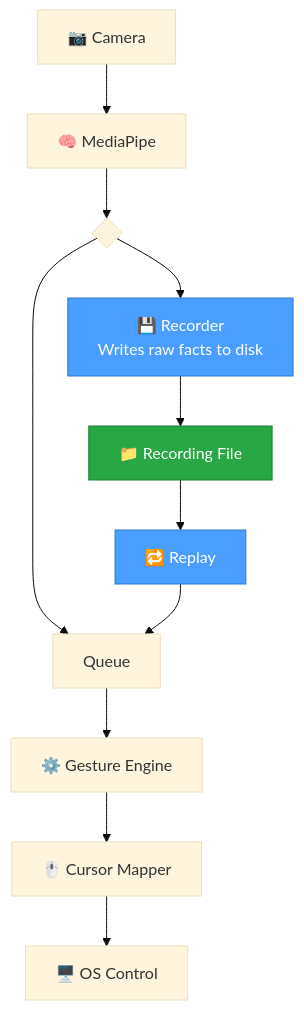
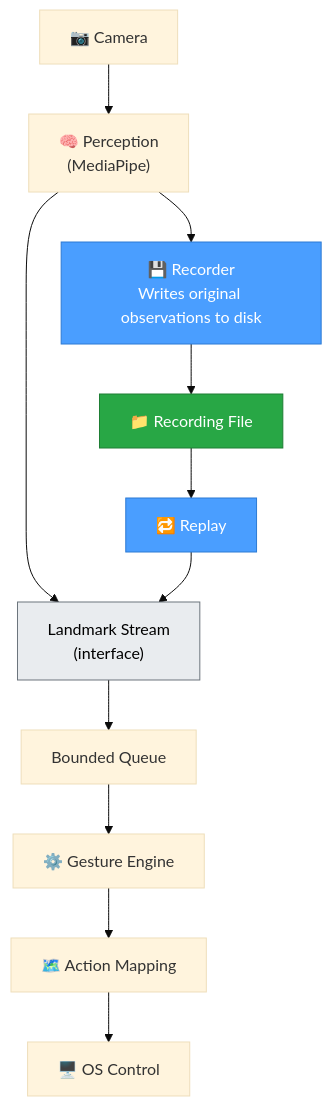
Before and after one commit to Varun2526/AirOs: the fourth of 10 diagrams in docs/engineering/03-recorder-and-replay.md, drawn with Mermaid (base theme). The commit also changed other lines of this file and 3 other files, not shown here.

Commit message:
docs: expand recorder architecture, session management, and design principles in documentation

````diff
--- a/docs/engineering/03-recorder-and-replay.md
+++ b/docs/engineering/03-recorder-and-replay.md
@@ -304,18 +314,20 @@
 ```mermaid
 graph TD
-    CAM["📷 Camera"] --> MP["🧠 MediaPipe"]
-    MP --> FORK{" "}
-    FORK --> REC["💾 Recorder<br/>Writes raw facts to disk"]
-    FORK --> QUEUE["Queue"]
-    QUEUE --> GE["⚙️ Gesture Engine"]
-    GE --> CM["🖱️ Cursor Mapper"]
-    CM --> OS["🖥️ OS Control"]
+    CAM["📷 Camera"] --> PERC["🧠 Perception<br/>(MediaPipe)"]
+    PERC --> REC["💾 Recorder<br/>Writes original observations to disk"]
+    PERC --> LS["Landmark Stream<br/>(interface)"]
 
     REC --> DISK["📁 Recording File"]
     DISK --> REPLAY["🔁 Replay"]
-    REPLAY --> QUEUE
+    REPLAY --> LS
+
+    LS --> QUEUE["Bounded Queue"]
+    QUEUE --> GE["⚙️ Gesture Engine"]
+    GE --> AM["🗺️ Action Mapping"]
+    AM --> OS["🖥️ OS Control"]
 
     style REC fill:#4a9eff,stroke:#2d7ad4,color:#fff
     style DISK fill:#28a745,stroke:#1e7e34,color:#fff
     style REPLAY fill:#4a9eff,stroke:#2d7ad4,color:#fff
+    style LS fill:#e9ecef,stroke:#6c757d,color:#000
 ```
````
